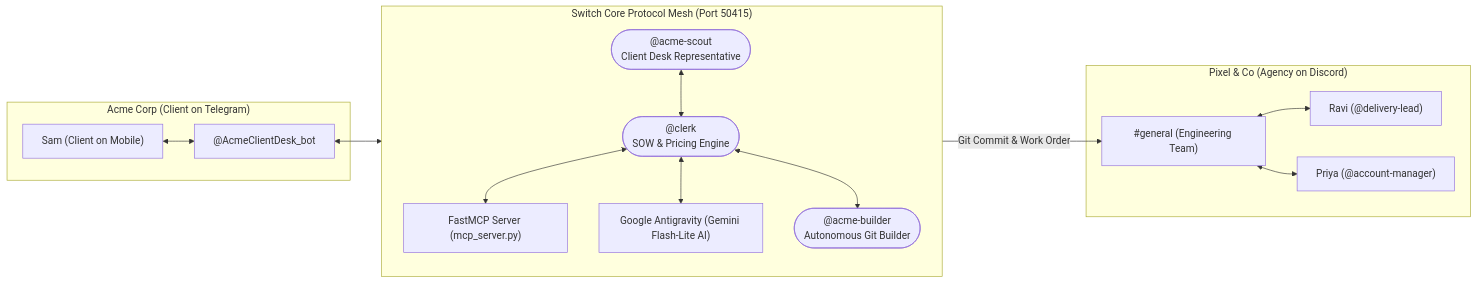
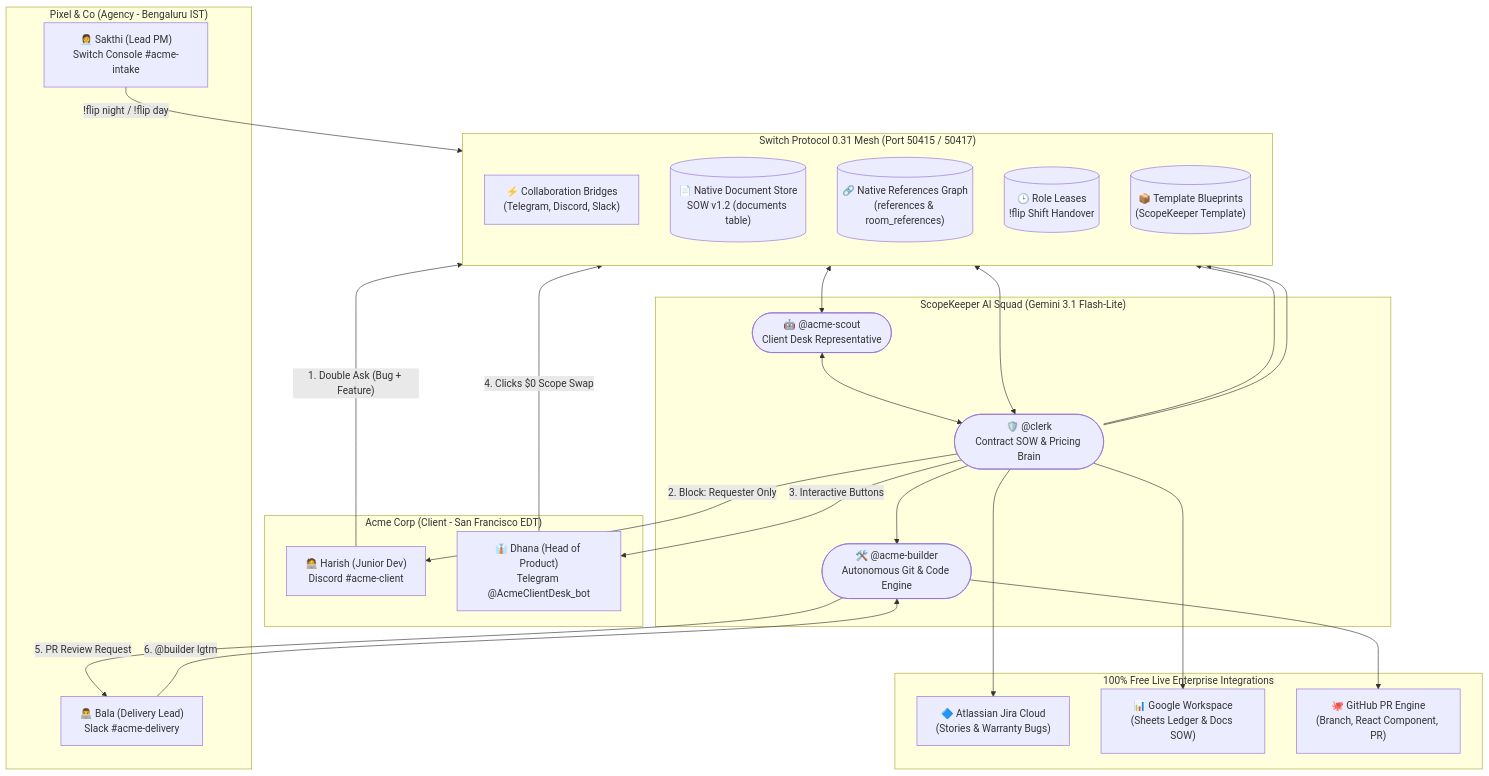
One commit to napraveen/scopekeeper changed the diagram in README.md. Above: the diagram before and after it, drawn with Mermaid. The commit also changed other lines of this file and 14 other files, not shown here.

````diff
--- a/README.md
+++ b/README.md
@@ -58,32 +82,50 @@
 ```mermaid
-flowchart LR
-    subgraph Telegram["Acme Corp (Client on Telegram)"]
-        ClientUser["Sam (Client on Mobile)"]
-        BotTelegram["@AcmeClientDesk_bot"]
+flowchart TD
+    subgraph ClientOrg["Acme Corp (Client - San Francisco EDT)"]
+        Harish["🧑‍💻 Harish (Junior Dev)<br/>Discord #acme-client"]
+        Dhana["👔 Dhana (Head of Product)<br/>Telegram @AcmeClientDesk_bot"]
     end
 
-    subgraph Switch["Switch Core Protocol Mesh (Port 50415)"]
+    subgraph SwitchProtocol["Switch Protocol 0.31 Mesh (Port 50415 / 50417)"]
         direction TB
-        Scout(["@acme-scout<br/>Client Desk Representative"])
-        Clerk(["@clerk<br/>SOW & Pricing Engine"])
-        Builder(["@acme-builder<br/>Autonomous Git Builder"])
-        MCP["FastMCP Server (mcp_server.py)"]
-        Gemini["Google Antigravity (Gemini Flash-Lite AI)"]
+        Bridges["⚡ Collaboration Bridges<br/>(Telegram, Discord, Slack)"]
+        DocStore[("📄 Native Document Store<br/>SOW v1.2 (documents table)")]
+        RefGraph[("🔗 Native References Graph<br/>(references & room_references)")]
+        Leases[("🕒 Role Leases<br/>!flip Shift Handover")]
+        TemplateStore[("📦 Template Blueprints<br/>(ScopeKeeper Template)")]
     end
 
-    subgraph Discord["Pixel & Co (Agency on Discord)"]
-        ChannelEng["#general (Engineering Team)"]
-        Ravi["Ravi (@delivery-lead)"]
-        Priya["Priya (@account-manager)"]
+    subgraph AgentMesh["ScopeKeeper AI Squad (Gemini 3.1 Flash-Lite)"]
+        Scout(["🤖 @acme-scout<br/>Client Desk Representative"])
+        Clerk(["🛡️ @clerk<br/>Contract SOW & Pricing Brain"])
+        Builder(["🛠️ @acme-builder<br/>Autonomous Git & Code Engine"])
     end
 
-    ClientUser <--> BotTelegram
-    BotTelegram <--> Scout
+    subgraph AgencyOrg["Pixel & Co (Agency - Bengaluru IST)"]
+        Sakthi["👩‍💼 Sakthi (Lead PM)<br/>Switch Console #acme-intake"]
+        Bala["👨‍💻 Bala (Delivery Lead)<br/>Slack #acme-delivery"]
+    end
+
+    subgraph ExternalCloud["100% Free Live Enterprise Integrations"]
+        Jira["🔷 Atlassian Jira Cloud<br/>(Stories & Warranty Bugs)"]
+        Google["📊 Google Workspace<br/>(Sheets Ledger & Docs SOW)"]
+        GitHub["🐙 GitHub PR Engine<br/>(Branch, React Component, PR)"]
+    end
+
+    Harish -- "1. Double Ask (Bug + Feature)" --> Bridges
+    Bridges <--> Scout
     Scout <--> Clerk
-    Clerk <--> MCP
-    Clerk <--> Gemini
-    Clerk <--> Builder
-    Builder -- "Git Commit & Work Order" --> ChannelEng
-    ChannelEng <--> Ravi
-    ChannelEng <--> Priya
+    Clerk <--> DocStore
+    Clerk -- "2. Block: Requester Only" --> Harish
+    Clerk -- "3. Interactive Buttons" --> Dhana
+    Dhana -- "4. Clicks $0 Scope Swap" --> Bridges
+    Clerk --> Leases
+    Clerk --> Jira
+    Clerk --> Google
+    Clerk --> Builder
+    Builder --> GitHub
+    Clerk --> RefGraph
+    Builder -- "5. PR Review Request" --> Bala
+    Bala -- "6. @builder lgtm" --> Builder
+    Sakthi -- "!flip night / !flip day" --> Leases
 ```
````
